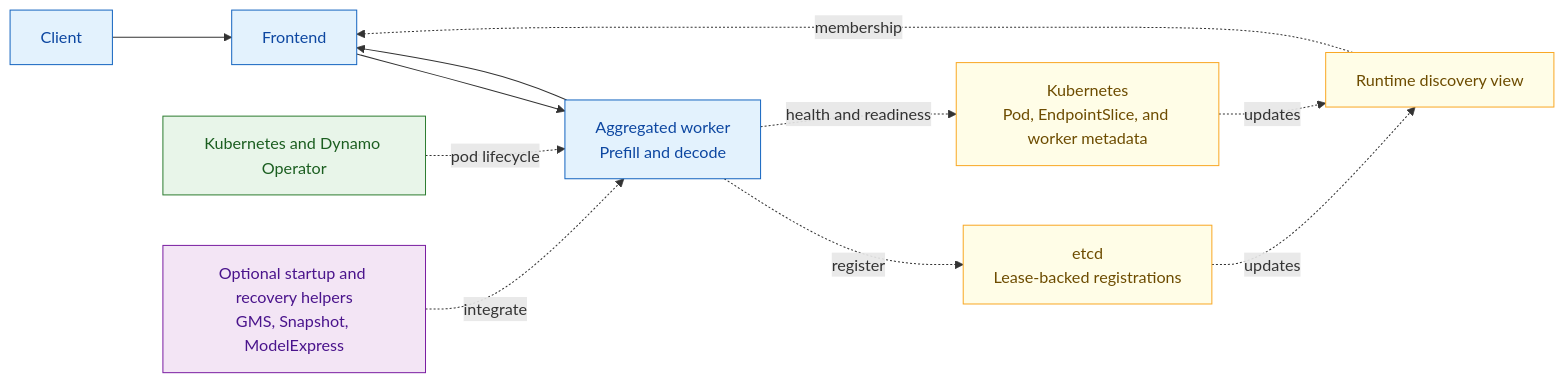
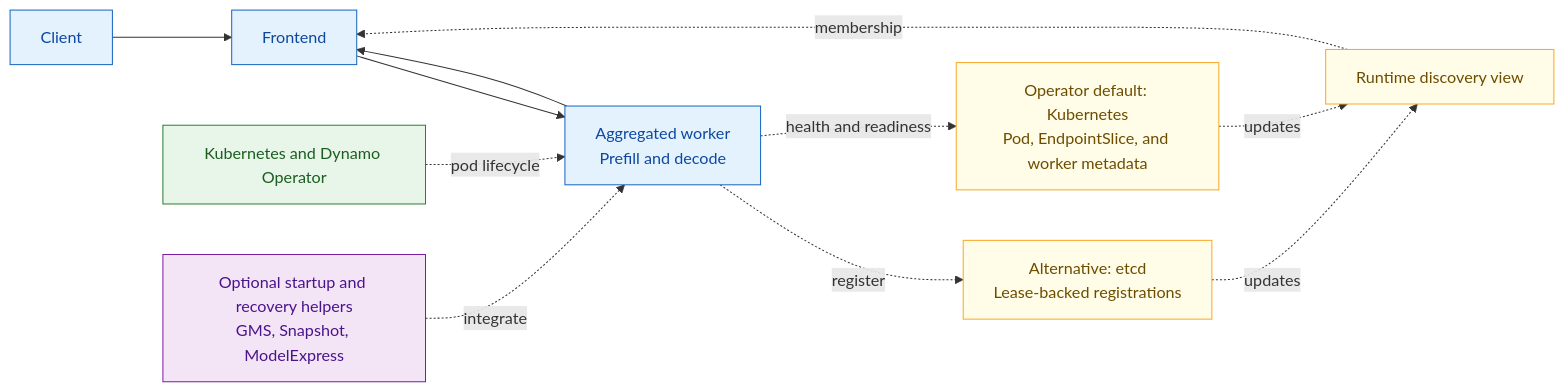
Before and after one commit to ai-dynamo/dynamo: the first of 3 diagrams in docs/fern/pages/developer-guide/knowledge-base/concepts/fault-tolerance/fault-tolerance-architecture.md, drawn with Mermaid. The commit also changed other lines of this file, not shown here.

````diff
--- a/docs/fern/pages/developer-guide/knowledge-base/concepts/fault-tolerance/fault-tolerance-architecture.md
+++ b/docs/fern/pages/developer-guide/knowledge-base/concepts/fault-tolerance/fault-tolerance-architecture.md
@@ -35,22 +36,22 @@
 ```mermaid
 flowchart LR
        classDef request fill:#E3F2FD,stroke:#1565C0,color:#0D47A1
        classDef runtime fill:#FFF3E0,stroke:#EF6C00,color:#E65100
        classDef discovery fill:#FFFDE7,stroke:#F9A825,color:#6D4C00
        classDef platform fill:#E8F5E9,stroke:#2E7D32,color:#1B5E20
        classDef optional fill:#F3E5F5,stroke:#7B1FA2,color:#4A148C
        Client["Client"] --> Frontend["Frontend"]
        Frontend --> Worker["Aggregated worker<br/>Prefill and decode"]
        Worker --> Frontend
        Discovery["Runtime discovery view"] -. membership .-> Frontend
-       Etcd["etcd<br/>Lease-backed registrations"] -. updates .-> Discovery
-       KubeDiscovery["Kubernetes<br/>Pod, EndpointSlice, and worker metadata"] -. updates .-> Discovery
+       Etcd["Alternative: etcd<br/>Lease-backed registrations"] -. updates .-> Discovery
+       KubeDiscovery["Operator default: Kubernetes<br/>Pod, EndpointSlice, and worker metadata"] -. updates .-> Discovery
        Worker -. register .-> Etcd
        Worker -. health and readiness .-> KubeDiscovery
        Kubernetes["Kubernetes and Dynamo Operator"] -. pod lifecycle .-> Worker
        Optional["Optional startup and recovery helpers<br/>GMS, Snapshot, ModelExpress"] -. integrate .-> Worker
        class Client,Frontend,Worker request
        class Discovery,Etcd,KubeDiscovery discovery
        class Kubernetes platform
        class Optional optional
 ```
````
